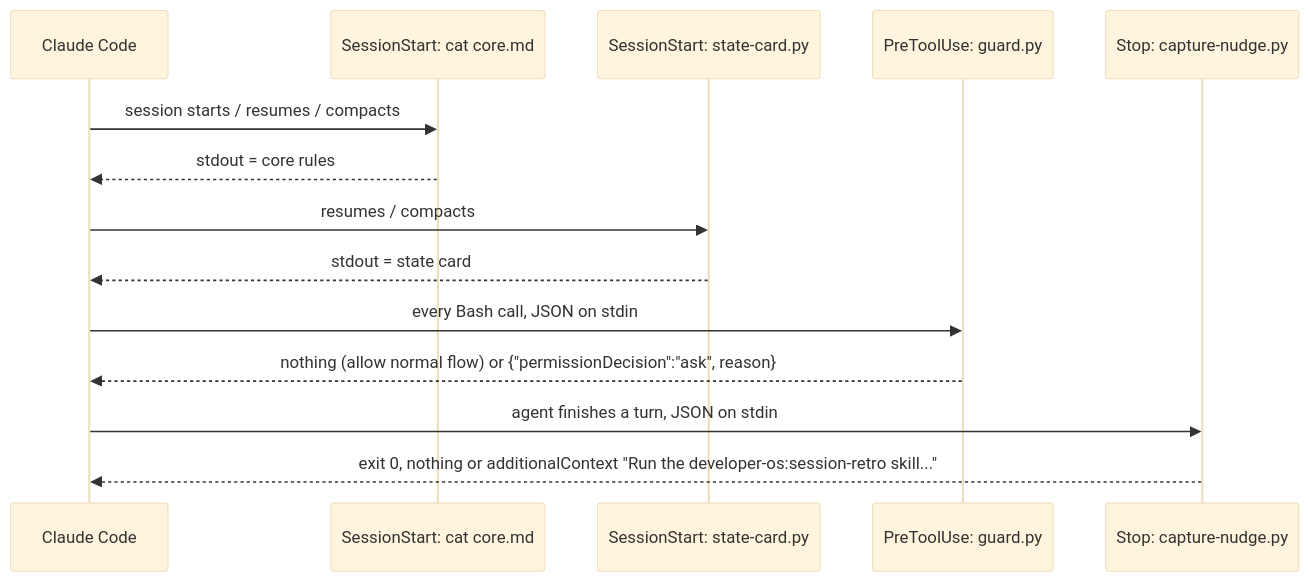
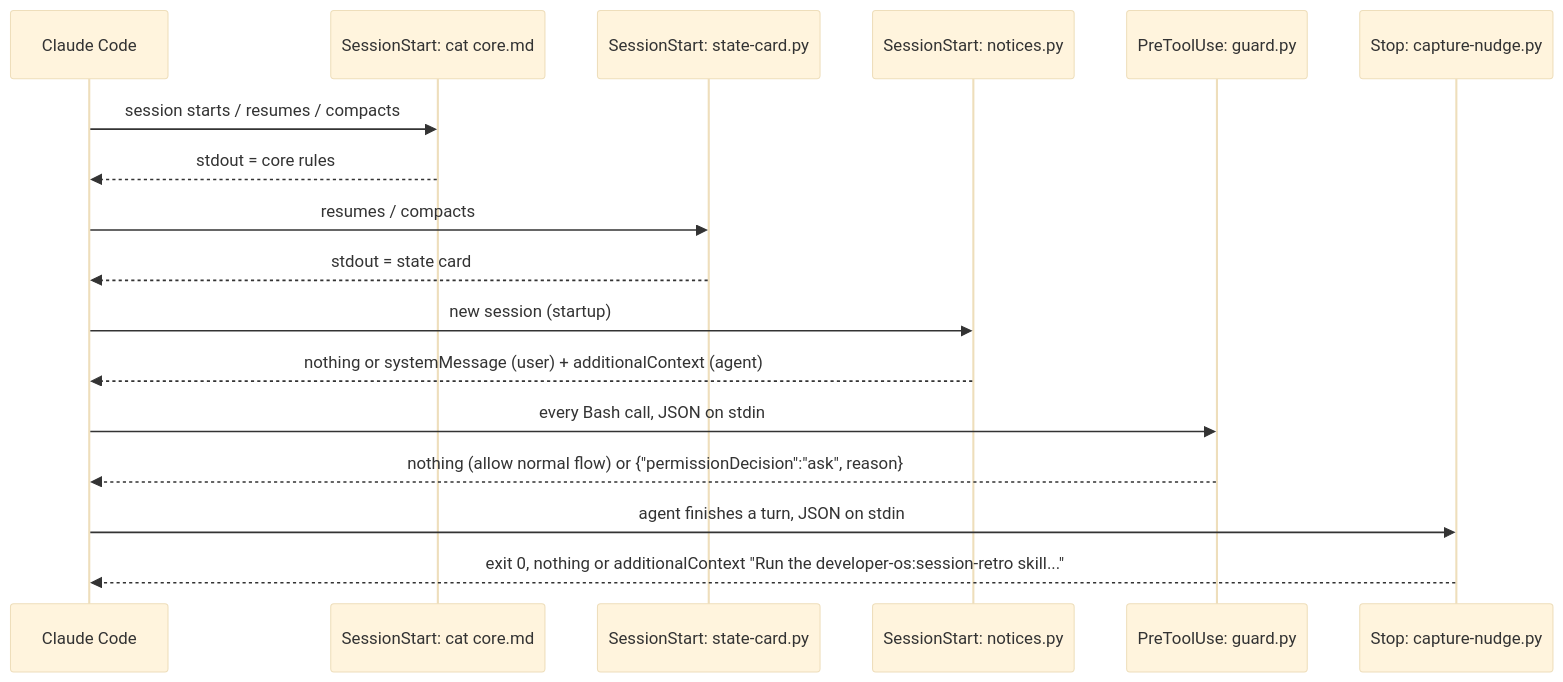
Before and after one commit to msolecki/developer-os: the first of 2 diagrams in docs/architecture/overview.md, drawn with Mermaid (base theme). The commit also changed other lines of this file and 33 other files, not shown here.

First line of the commit message:
feat(hooks): version and vault-upkeep notices at session start (#100)

````diff
--- a/docs/architecture/overview.md
+++ b/docs/architecture/overview.md
@@ -59,16 +60,19 @@
 ```mermaid
 sequenceDiagram
   participant CC as Claude Code
   participant R as SessionStart: cat core.md
   participant SS as SessionStart: state-card.py
+  participant NO as SessionStart: notices.py
   participant G as PreToolUse: guard.py
   participant N as Stop: capture-nudge.py
   CC->>R: session starts / resumes / compacts
   R-->>CC: stdout = core rules
   CC->>SS: resumes / compacts
   SS-->>CC: stdout = state card
+  CC->>NO: new session (startup)
+  NO-->>CC: nothing or systemMessage (user) + additionalContext (agent)
   CC->>G: every Bash call, JSON on stdin
   G-->>CC: nothing (allow normal flow) or {"permissionDecision":"ask", reason}
   CC->>N: agent finishes a turn, JSON on stdin
   N-->>CC: exit 0, nothing or additionalContext "Run the developer-os:session-retro skill..."
 ```
````
